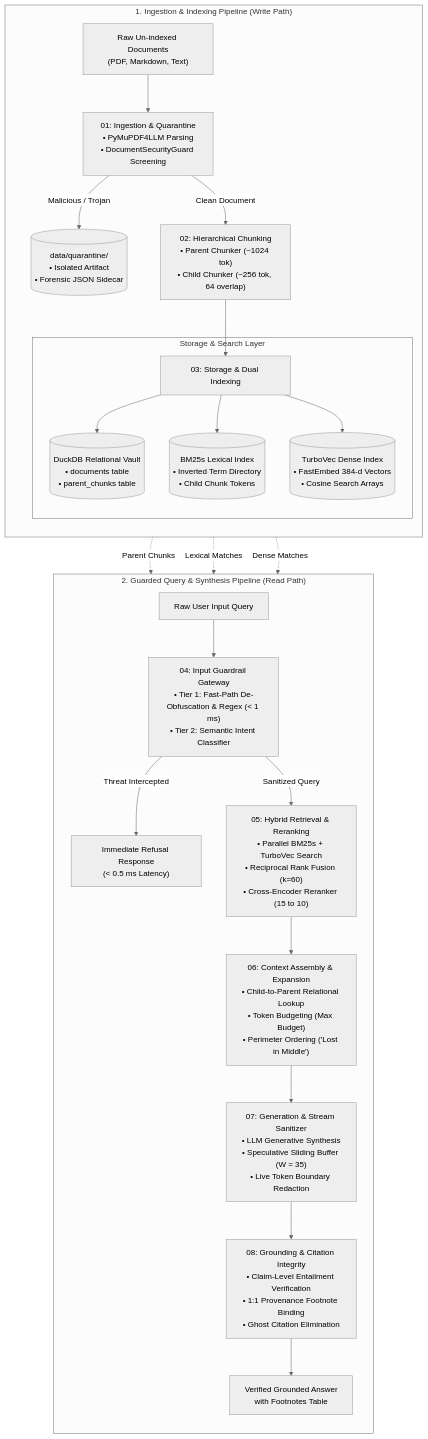
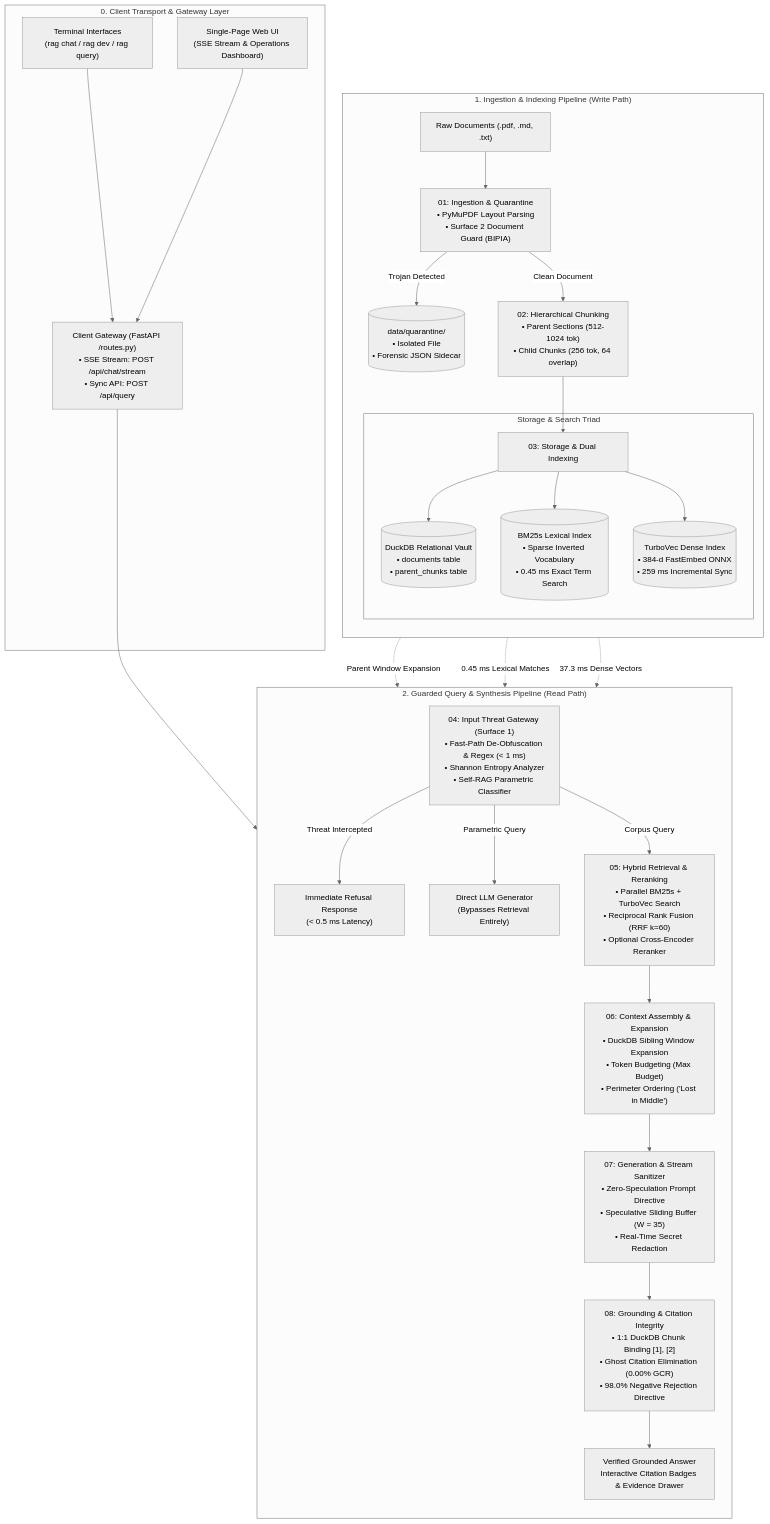
The diagram in notes/arc/00_architecture_overview.md (uehera/RAGnarok), drawn with Mermaid (neutral theme) before and after one commit. The commit also changed other lines of this file and 14 other files, not shown here.

Commit message:
docs: overhaul setup guide, architectural blueprints, research reports, and main README

````diff
--- a/notes/arc/00_architecture_overview.md
+++ b/notes/arc/00_architecture_overview.md
@@ -14,32 +14,39 @@
 ```mermaid
 flowchart TD
+    subgraph ClientLayer["0. Client Transport & Gateway Layer"]
+        CLI["Terminal Interfaces<br>(rag chat / rag dev / rag query)"]
+        WEB["Single-Page Web UI<br>(SSE Stream & Operations Dashboard)"]
+        CLI & WEB --> API["Client Gateway (FastAPI /routes.py)<br>• SSE Stream: POST /api/chat/stream<br>• Sync API: POST /api/query"]
+    end
+
     subgraph WritePath["1. Ingestion & Indexing Pipeline (Write Path)"]
         direction TB
-        RAW["Raw Un-indexed Documents<br>(PDF, Markdown, Text)"] --> S01["01: Ingestion & Quarantine<br>• PyMuPDF4LLM Parsing<br>• DocumentSecurityGuard Screening"]
-        S01 -- "Malicious / Trojan" --> QUA[("data/quarantine/<br>• Isolated Artifact<br>• Forensic JSON Sidecar")]
-        S01 -- "Clean Document" --> S02["02: Hierarchical Chunking<br>• Parent Chunker (~1024 tok)<br>• Child Chunker (~256 tok, 64 overlap)"]
+        RAW["Raw Documents (.pdf, .md, .txt)"] --> S01["01: Ingestion & Quarantine<br>• PyMuPDF Layout Parsing<br>• Surface 2 Document Guard (BIPIA)"]
+        S01 -- "Trojan Detected" --> QUA[("data/quarantine/<br>• Isolated File<br>• Forensic JSON Sidecar")]
+        S01 -- "Clean Document" --> S02["02: Hierarchical Chunking<br>• Parent Sections (512-1024 tok)<br>• Child Chunks (256 tok, 64 overlap)"]
         S02 --> S03["03: Storage & Dual Indexing"]
         
-        subgraph StorageEngines["Storage & Search Layer"]
+        subgraph StorageEngines["Storage & Search Triad"]
             S03 --> DDB[("DuckDB Relational Vault<br>• documents table<br>• parent_chunks table")]
-            S03 --> BM25[("BM25s Lexical Index<br>• Inverted Term Directory<br>• Child Chunk Tokens")]
-            S03 --> TVEC[("TurboVec Dense Index<br>• FastEmbed 384-d Vectors<br>• Cosine Search Arrays")]
+            S03 --> BM25[("BM25s Lexical Index<br>• Sparse Inverted Vocabulary<br>• 0.45 ms Exact Term Search")]
+            S03 --> TVEC[("TurboVec Dense Index<br>• 384-d FastEmbed ONNX<br>• 259 ms Incremental Sync")]
         end
     end
 
     subgraph ReadPath["2. Guarded Query & Synthesis Pipeline (Read Path)"]
         direction TB
-        QRY["Raw User Input Query"] --> S04["04: Input Guardrail Gateway<br>• Tier 1: Fast-Path De-Obfuscation & Regex (&lt; 1 ms)<br>• Tier 2: Semantic Intent Classifier"]
+        API --> S04["04: Input Threat Gateway (Surface 1)<br>• Fast-Path De-Obfuscation & Regex (&lt; 1 ms)<br>• Shannon Entropy Analyzer<br>• Self-RAG Parametric Classifier"]
         S04 -- "Threat Intercepted" --> REF["Immediate Refusal Response<br>(&lt; 0.5 ms Latency)"]
-        S04 -- "Sanitized Query" --> S05["05: Hybrid Retrieval & Reranking<br>• Parallel BM25s + TurboVec Search<br>• Reciprocal Rank Fusion (k=60)<br>• Cross-Encoder Reranker (15 to 10)"]
+        S04 -- "Parametric Query" --> LLM_DIR["Direct LLM Generator<br>(Bypasses Retrieval Entirely)"]
+        S04 -- "Corpus Query" --> S05["05: Hybrid Retrieval & Reranking<br>• Parallel BM25s + TurboVec Search<br>• Reciprocal Rank Fusion (RRF k=60)<br>• Optional Cross-Encoder Reranker"]
         
-        S05 --> S06["06: Context Assembly & Expansion<br>• Child-to-Parent Relational Lookup<br>• Token Budgeting (Max Budget)<br>• Perimeter Ordering ('Lost in Middle')"]
-        S06 --> S07["07: Generation & Stream Sanitizer<br>• LLM Generative Synthesis<br>• Speculative Sliding Buffer (W = 35)<br>• Live Token Boundary Redaction"]
-        S07 --> S08["08: Grounding & Citation Integrity<br>• Claim-Level Entailment Verification<br>• 1:1 Provenance Footnote Binding<br>• Ghost Citation Elimination"]
-        S08 --> OUT["Verified Grounded Answer<br>with Footnotes Table"]
+        S05 --> S06["06: Context Assembly & Expansion<br>• DuckDB Sibling Window Expansion<br>• Token Budgeting (Max Budget)<br>• Perimeter Ordering ('Lost in Middle')"]
+        S06 --> S07["07: Generation & Stream Sanitizer<br>• Zero-Speculation Prompt Directive<br>• Speculative Sliding Buffer (W = 35)<br>• Real-Time Secret Redaction"]
+        S07 --> S08["08: Grounding & Citation Integrity<br>• 1:1 DuckDB Chunk Binding [1], [2]<br>• Ghost Citation Elimination (0.00% GCR)<br>• 98.0% Negative Rejection Directive"]
+        S08 --> OUT["Verified Grounded Answer<br>Interactive Citation Badges & Evidence Drawer"]
     end
 
-    DDB -. "Parent Chunks" .-> S06
-    BM25 -. "Lexical Matches" .-> S05
-    TVEC -. "Dense Matches" .-> S05
+    DDB -. "Parent Window Expansion" .-> S06
+    BM25 -. "0.45 ms Lexical Matches" .-> S05
+    TVEC -. "37.3 ms Dense Vectors" .-> S05
 ```
````
